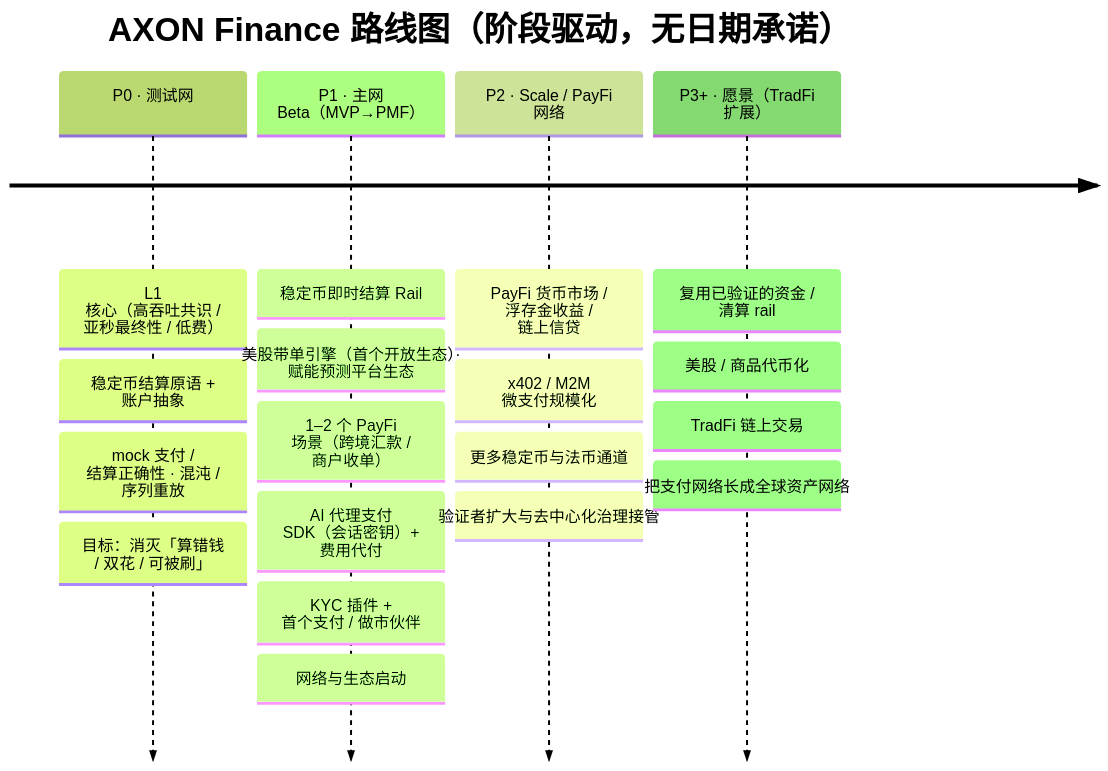
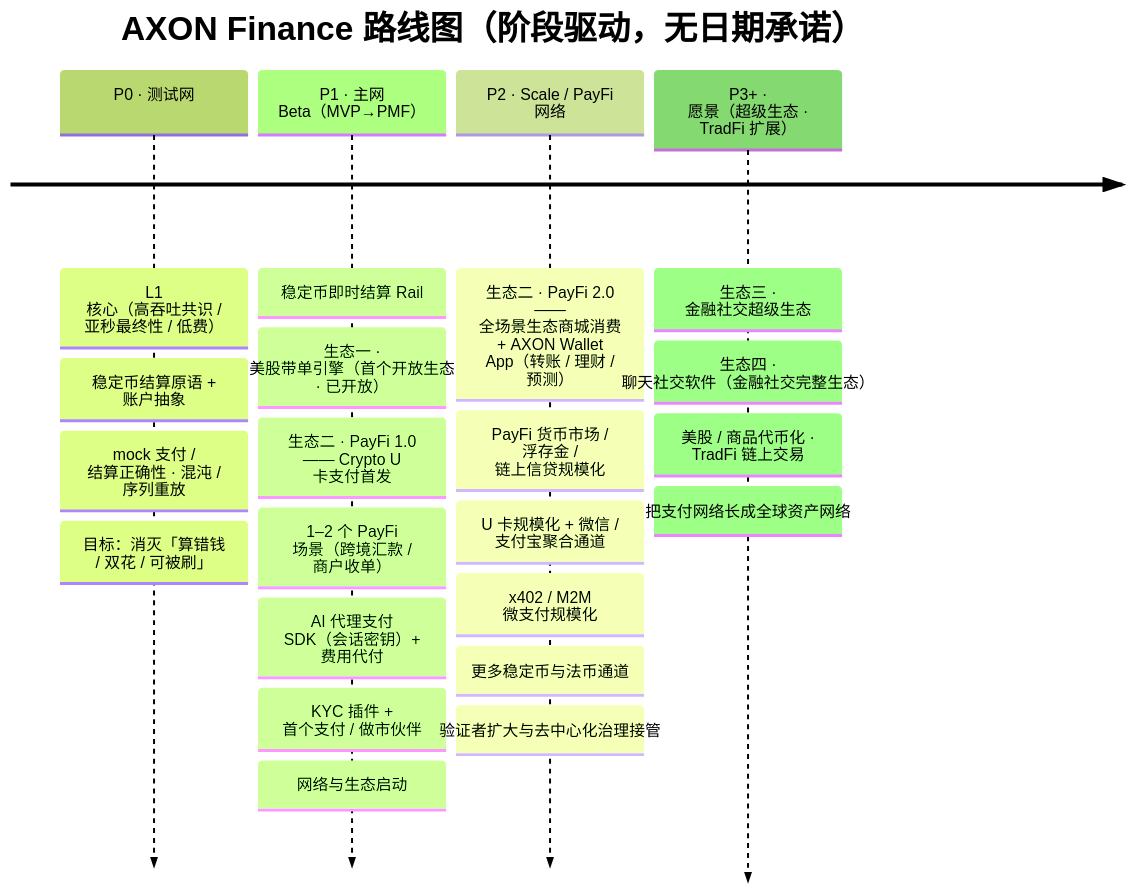
One commit to AIVIVEHQ/axon-whitepaper changed the first of 2 diagrams in part6-roadmap/6-1-roadmap.md. Above: the diagram before and after it, drawn with Mermaid (forest theme). The commit also changed other lines of this file and 17 other files, not shown here.

````diff
--- a/part6-roadmap/6-1-roadmap.md
+++ b/part6-roadmap/6-1-roadmap.md
@@ -12,8 +12,8 @@
 ```mermaid
 timeline
     title AXON Finance 路线图（阶段驱动，无日期承诺）
     P0 · 测试网 : L1 核心（高吞吐共识 / 亚秒最终性 / 低费） : 稳定币结算原语 + 账户抽象 : mock 支付 / 结算正确性 · 混沌 / 序列重放 : 目标：消灭「算错钱 / 双花 / 可被刷」
-    P1 · 主网 Beta（MVP→PMF） : 稳定币即时结算 Rail : 美股带单引擎（首个开放生态）· 赋能预测平台生态 : 1–2 个 PayFi 场景（跨境汇款 / 商户收单） : AI 代理支付 SDK（会话密钥）+ 费用代付 : KYC 插件 + 首个支付 / 做市伙伴 : 网络与生态启动
-    P2 · Scale / PayFi 网络 : PayFi 货币市场 / 浮存金收益 / 链上信贷 : x402 / M2M 微支付规模化 : 更多稳定币与法币通道 : 验证者扩大与去中心化治理接管
-    P3+ · 愿景（TradFi 扩展） : 复用已验证的资金 / 清算 rail : 美股 / 商品代币化 : TradFi 链上交易 : 把支付网络长成全球资产网络
+    P1 · 主网 Beta（MVP→PMF） : 稳定币即时结算 Rail : 生态一 · 美股带单引擎（首个开放生态 · 已开放） : 生态二 · PayFi 1.0 —— Crypto U 卡支付首发 : 1–2 个 PayFi 场景（跨境汇款 / 商户收单） : AI 代理支付 SDK（会话密钥）+ 费用代付 : KYC 插件 + 首个支付 / 做市伙伴 : 网络与生态启动
+    P2 · Scale / PayFi 网络 : 生态二 · PayFi 2.0 —— 全场景生态商城消费 + AXON Wallet App（转账 / 理财 / 预测） : PayFi 货币市场 / 浮存金 / 链上信贷规模化 : U 卡规模化 + 微信 / 支付宝聚合通道 : x402 / M2M 微支付规模化 : 更多稳定币与法币通道 : 验证者扩大与去中心化治理接管
+    P3+ · 愿景（超级生态 · TradFi 扩展） : 生态三 · 金融社交超级生态 : 生态四 · 聊天社交软件（金融社交完整生态） : 美股 / 商品代币化 · TradFi 链上交易 : 把支付网络长成全球资产网络
 ```
````
